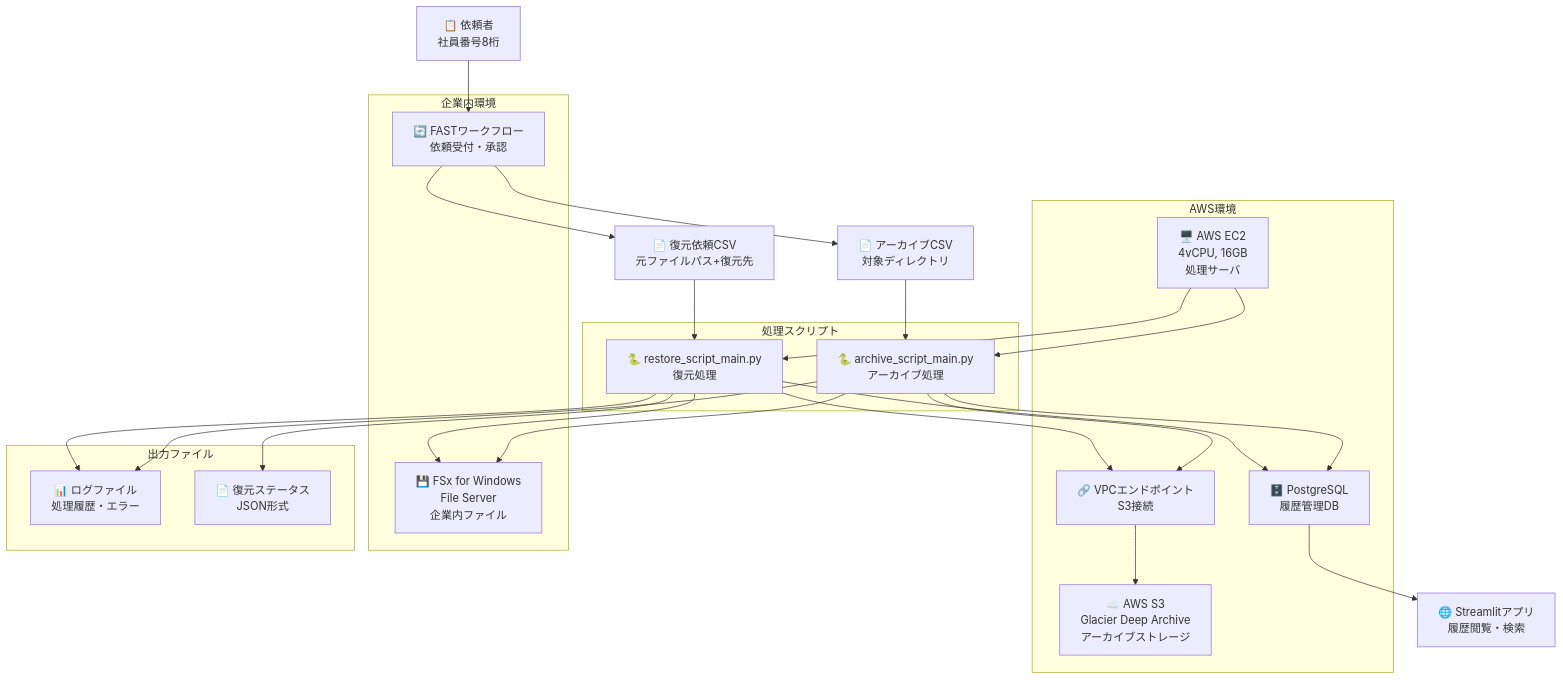
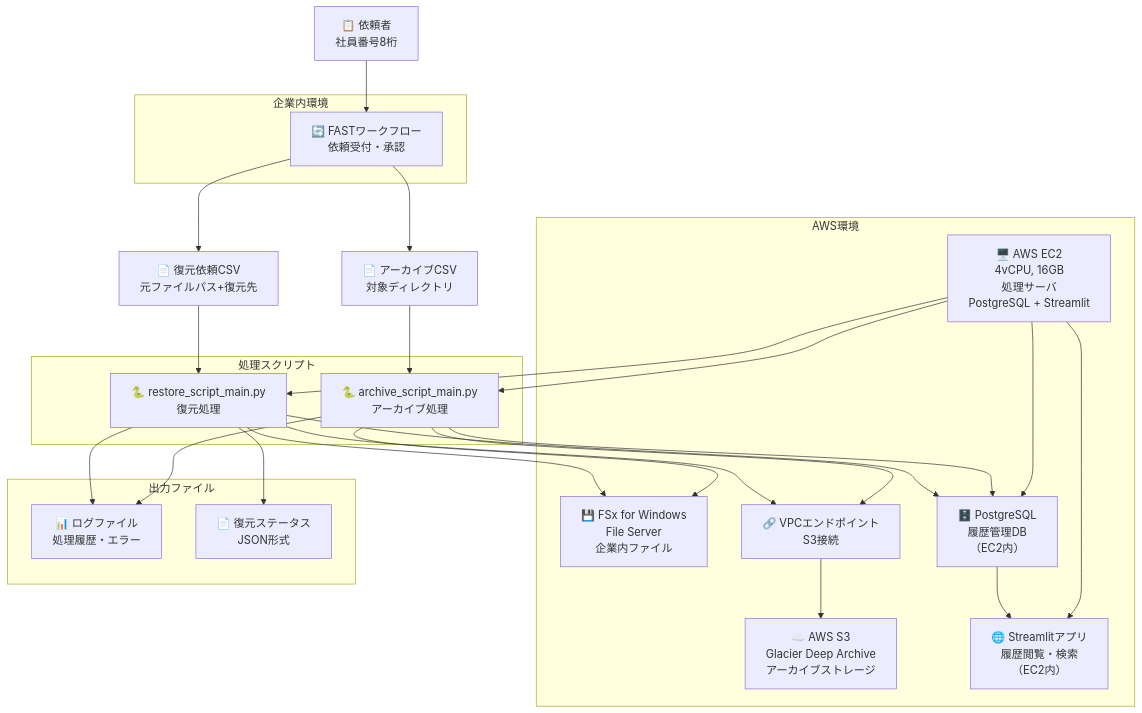
Before and after one commit to SantaSan-1224/HideoutRepo: the first of 3 diagrams in archive/doc/detailed_design_doc.md, drawn with Mermaid. The commit also changed other lines of this file and 1 other file, not shown here.

```diff
--- a/archive/doc/detailed_design_doc.md
+++ b/archive/doc/detailed_design_doc.md
@@ -20,14 +20,14 @@
     CSV_Archive[📄 アーカイブCSV<br/>対象ディレクトリ]
     CSV_Restore[📄 復元依頼CSV<br/>元ファイルパス+復元先]
 
-    %% 処理サーバ
-    Server[🖥️ AWS EC2<br/>4vCPU, 16GB<br/>処理サーバ]
+    %% 処理サーバ（PostgreSQL・Streamlitも相乗り）
+    Server[🖥️ AWS EC2<br/>4vCPU, 16GB<br/>処理サーバ<br/>PostgreSQL + Streamlit]
 
     %% スクリプト群
     ArchiveScript[🐍 archive_script_main.py<br/>アーカイブ処理]
     RestoreScript[🐍 restore_script_main.py<br/>復元処理]
 
-    %% ファイルサーバ
+    %% ファイルサーバ（AWS環境内）
     FSx[💾 FSx for Windows<br/>File Server<br/>企業内ファイル]
 
     %% S3ストレージ
@@ -36,11 +36,11 @@
     %% VPCエンドポイント
     VPC[🔗 VPCエンドポイント<br/>S3接続]
 
-    %% データベース
-    DB[🗄️ PostgreSQL<br/>履歴管理DB]
+    %% データベース（EC2内）
+    DB[🗄️ PostgreSQL<br/>履歴管理DB<br/>（EC2内）]
 
-    %% Streamlitアプリ
-    Streamlit[🌐 Streamlitアプリ<br/>履歴閲覧・検索]
+    %% Streamlitアプリ（EC2内）
+    Streamlit[🌐 Streamlitアプリ<br/>履歴閲覧・検索<br/>（EC2内）]
 
     %% ログ・ステータスファイル
     Logs[📊 ログファイル<br/>処理履歴・エラー]
@@ -56,6 +56,8 @@
 
     Server --> ArchiveScript
     Server --> RestoreScript
+    Server --> DB
+    Server --> Streamlit
 
     ArchiveScript --> FSx
     ArchiveScript --> VPC
@@ -76,13 +78,14 @@
     %% サブグラフでグループ化
     subgraph "AWS環境"
         Server
+        FSx
         S3
         VPC
         DB
+        Streamlit
     end
 
     subgraph "企業内環境"
-        FSx
         FAST
     end
 
```
